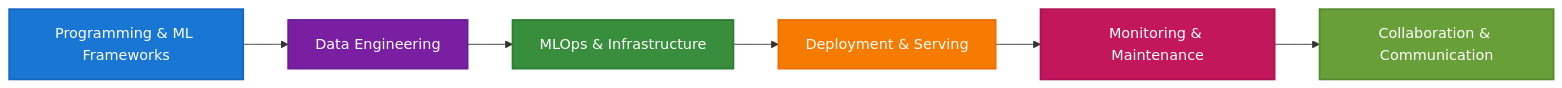
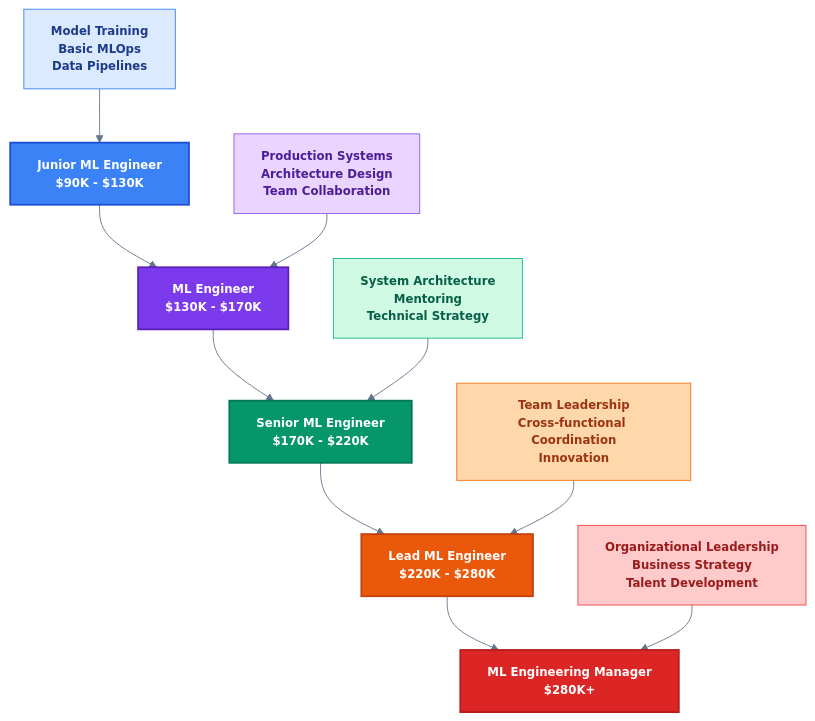
The third of 5 diagrams in guides/roles/ml-engineer.md (khaosans/articles), drawn with Mermaid before and after one commit. The commit also changed other lines of this file and 91 other files, not shown here.

````diff
--- a/guides/roles/ml-engineer.md
+++ b/guides/roles/ml-engineer.md
@@ -90,14 +180,26 @@
 ```mermaid
-flowchart LR
-    A[Programming & ML Frameworks] --> B[Data Engineering]
-    B --> C[MLOps & Infrastructure]
-    C --> D[Deployment & Serving]
-    D --> E[Monitoring & Maintenance]
-    E --> F[Collaboration & Communication]
-    style A fill:#1976d2,stroke:#1565c0,stroke-width:2px,color:#ffffff
-    style B fill:#7b1fa2,stroke:#6a1b9a,stroke-width:2px,color:#ffffff
-    style C fill:#388e3c,stroke:#2e7d32,stroke-width:2px,color:#ffffff
-    style D fill:#f57c00,stroke:#ef6c00,stroke-width:2px,color:#ffffff
-    style E fill:#c2185b,stroke:#ad1457,stroke-width:2px,color:#ffffff
-    style F fill:#689f38,stroke:#558b2f,stroke-width:2px,color:#ffffff
+%%{init: {'theme': 'base', 'themeVariables': { 'fontSize': '13px', 'fontFamily': 'Segoe UI, Arial, sans-serif', 'primaryColor': '#2563eb', 'primaryTextColor': '#ffffff', 'primaryBorderColor': '#1e40af', 'lineColor': '#64748b', 'secondaryColor': '#7c3aed', 'tertiaryColor': '#059669'}}}%%
+flowchart TD
+    A["Junior ML Engineer<br/>$90K - $130K"] --> B["ML Engineer<br/>$130K - $170K"]
+    B --> C["Senior ML Engineer<br/>$170K - $220K"]
+    C --> D["Lead ML Engineer<br/>$220K - $280K"]
+    D --> E["ML Engineering Manager<br/>$280K+"]
+    
+    A1["Model Training<br/>Basic MLOps<br/>Data Pipelines"] --> A
+    B1["Production Systems<br/>Architecture Design<br/>Team Collaboration"] --> B
+    C1["System Architecture<br/>Mentoring<br/>Technical Strategy"] --> C
+    D1["Team Leadership<br/>Cross-functional Coordination<br/>Innovation"] --> D
+    E1["Organizational Leadership<br/>Business Strategy<br/>Talent Development"] --> E
+    
+    style A fill:#3b82f6,stroke:#1d4ed8,stroke-width:2px,color:#ffffff,font-weight:bold
+    style B fill:#7c3aed,stroke:#5b21b6,stroke-width:2px,color:#ffffff,font-weight:bold
+    style C fill:#059669,stroke:#047857,stroke-width:2px,color:#ffffff,font-weight:bold
+    style D fill:#ea580c,stroke:#c2410c,stroke-width:2px,color:#ffffff,font-weight:bold
+    style E fill:#dc2626,stroke:#b91c1c,stroke-width:2px,color:#ffffff,font-weight:bold
+    
+    style A1 fill:#dbeafe,stroke:#3b82f6,stroke-width:1px,color:#1e3a8a,font-weight:bold
+    style B1 fill:#e9d5ff,stroke:#8b5cf6,stroke-width:1px,color:#4c1d95,font-weight:bold
+    style C1 fill:#d1fae5,stroke:#10b981,stroke-width:1px,color:#065f46,font-weight:bold
+    style D1 fill:#fed7aa,stroke:#f97316,stroke-width:1px,color:#9a3412,font-weight:bold
+    style E1 fill:#fecaca,stroke:#ef4444,stroke-width:1px,color:#991b1b,font-weight:bold
 ```
````
